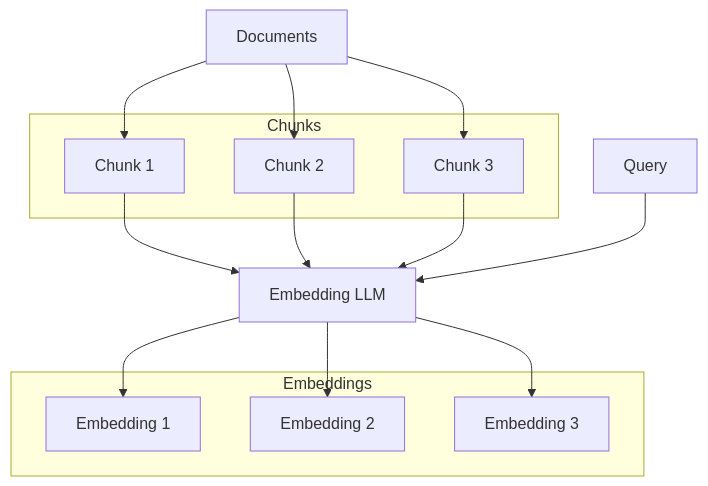
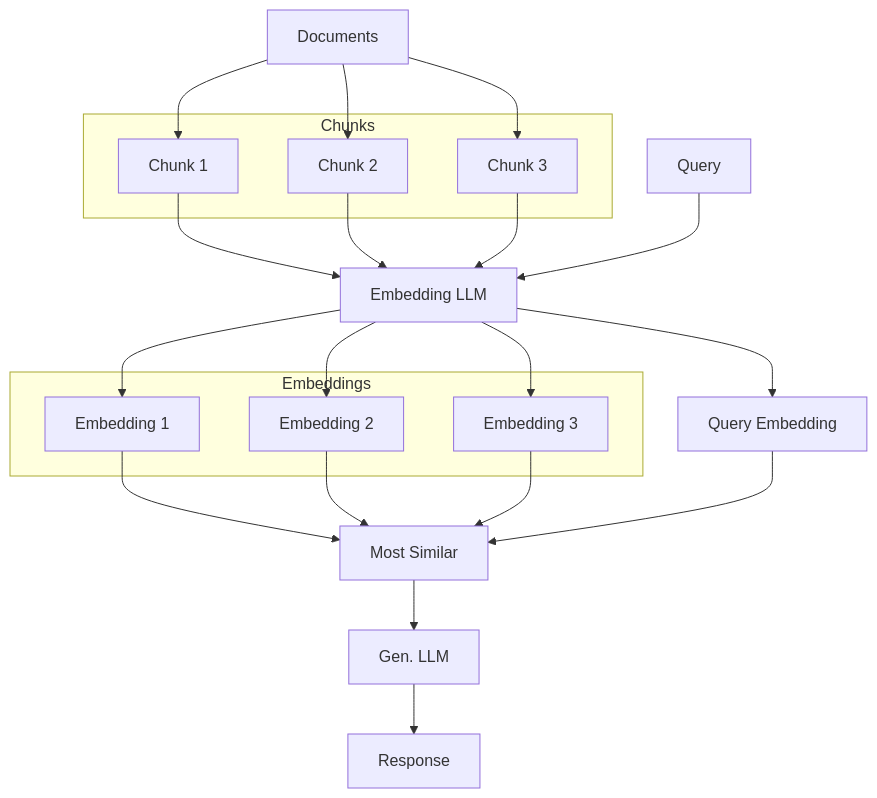
Before and after one commit to workhappy27/AI: the diagram in Master_Retrieval_Augmented_Generation_RAG_System/1_2_2_What_is_RAG_and_Naive_RAG_Overview_and_Pitfalls.md, drawn with Mermaid.

````diff
--- a/Master_Retrieval_Augmented_Generation_RAG_System/1_2_2_What_is_RAG_and_Naive_RAG_Overview_and_Pitfalls.md
+++ b/Master_Retrieval_Augmented_Generation_RAG_System/1_2_2_What_is_RAG_and_Naive_RAG_Overview_and_Pitfalls.md
@@ -16,34 +16,52 @@
 ```mermaid
 flowchart TD
     A[Documents]
 
     subgraph Chunks
         B1[Chunk 1]
         B2[Chunk 2]
         B3[Chunk 3]
     end
 
     Q[Query]
 
     C[Embedding LLM]
 
     subgraph Embeddings
         D1[Embedding 1]
         D2[Embedding 2]
         D3[Embedding 3]
     end
 
+    QE[Query Embedding]
+
+    MS[Most Similar]
+
+    G[Gen. LLM]
+
+    R[Response]
+
     A --> B1
     A --> B2
     A --> B3
 
     B1 --> C
     B2 --> C
     B3 --> C
 
     Q --> C
+    C --> QE
 
     C --> D1
     C --> D2
     C --> D3
+
+    D1 --> MS
+    D2 --> MS
+    D3 --> MS
+
+    QE --> MS
+
+    MS --> G
+    G --> R
 ```
````
